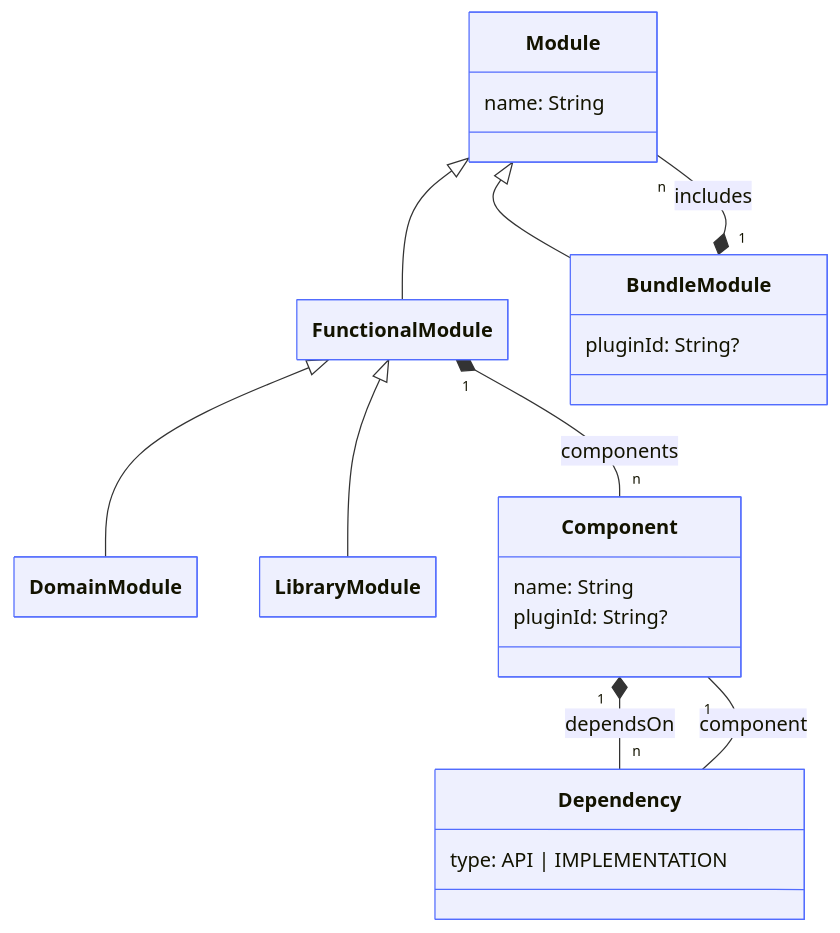
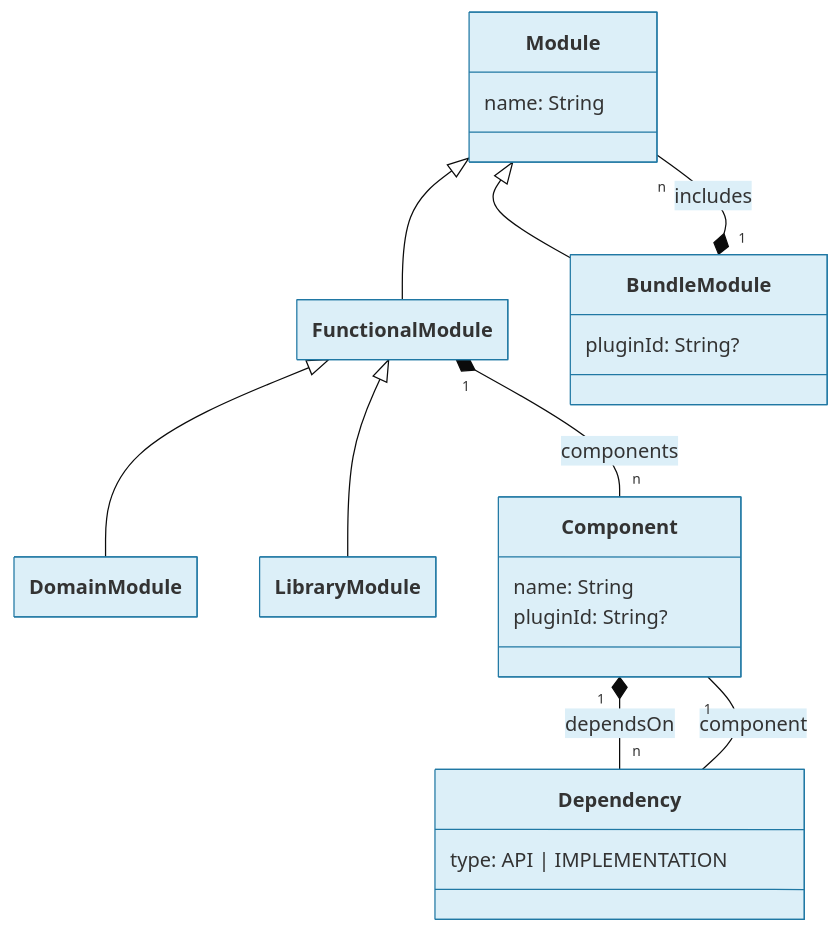
One commit to ergon/arciphant changed the diagram in docs/content/08-metamodel.mdx. Above: the diagram before and after it, drawn with Mermaid.

Commit message:
Improve diagram color (was aligned to zensical default theme before).

````diff
--- a/docs/content/08-metamodel.mdx
+++ b/docs/content/08-metamodel.mdx
@@ -12,45 +12,47 @@
 ```mermaid
 ---
 config:
+    theme: base
     class:
         hideEmptyMembersBox: true
+    themeVariables:
+        primaryColor: "#DCEFF8"
+        primaryBorderColor: "#2078A4"
 ---
 classDiagram
     class Module {
         name: String
     }
 
     class FunctionalModule
 
     class DomainModule
     class LibraryModule
 
     class BundleModule {
         pluginId: String?
     }
 
     class Component {
         name: String
         pluginId: String?
     }
 
     class Dependency {
         type: API | IMPLEMENTATION
     }
 
     FunctionalModule "1" *-- "n" Component : components
 
     Component "1" *-- "n" Dependency : dependsOn
     Dependency -- "1" Component: component
 
     Module <|-- FunctionalModule
 
     FunctionalModule <|-- LibraryModule
     FunctionalModule <|-- DomainModule
 
     BundleModule "1" *-- "n" Module: includes
 
     Module <|-- BundleModule
-
-    classDef default fill:#eef0fe,stroke:#526cfe
 ```
````
